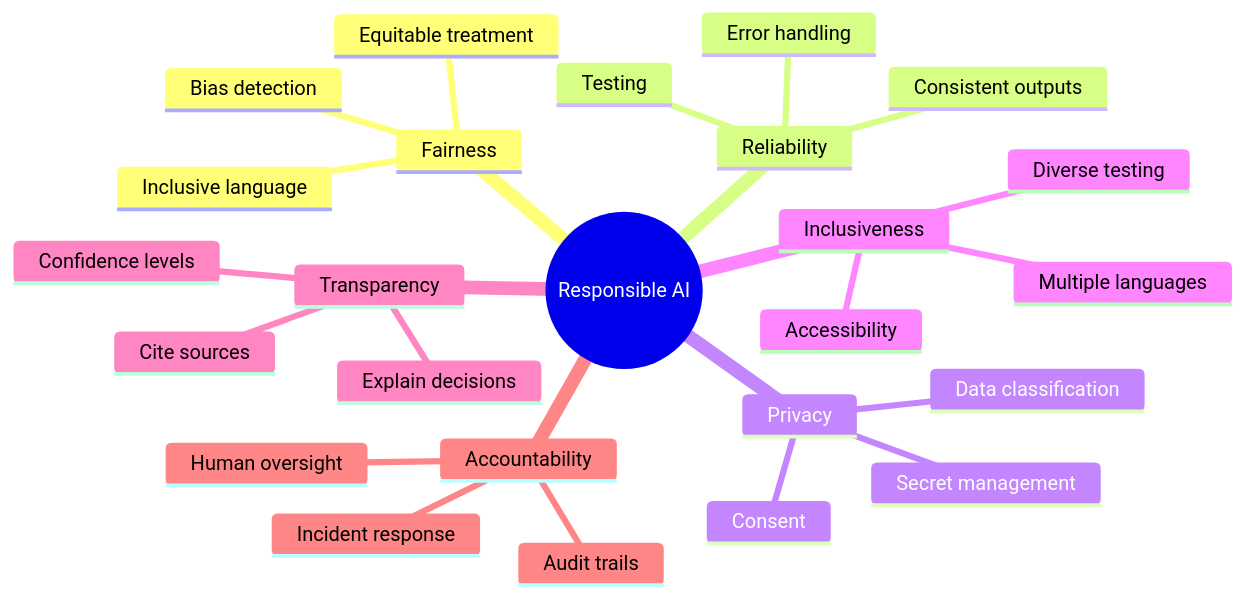
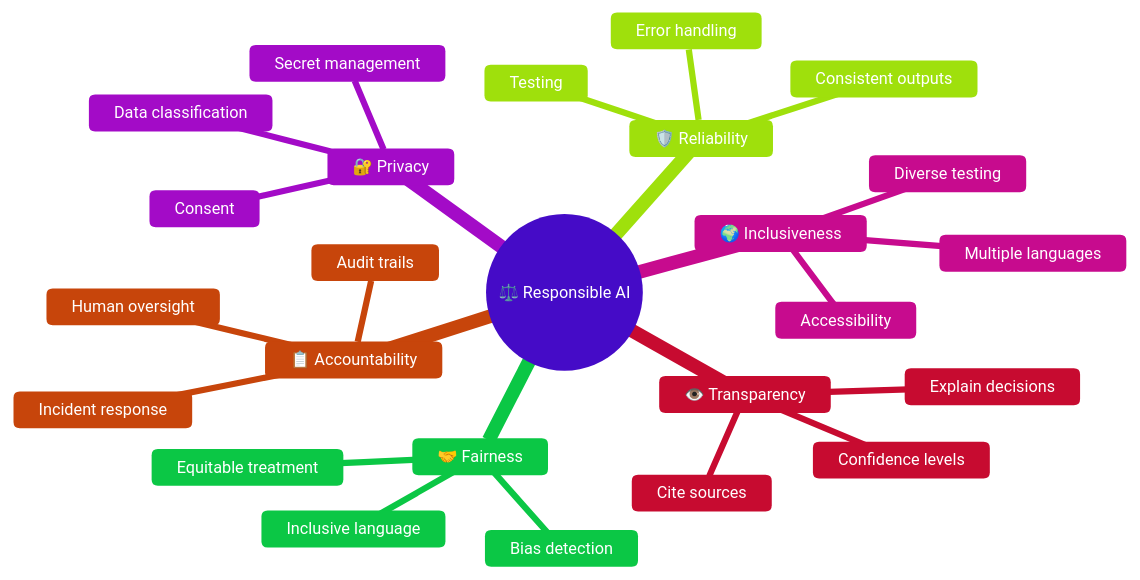
Before and after one commit to JohannesRabauer/gh-600-preparation: diagram 11 of 12 in docs/study_notes.md, drawn with Mermaid. The commit also changed other lines of this file and 5 other files, not shown here.

First line of the commit message:
feat: add colorful animated diagrams and pictograms across study material

````diff
--- a/docs/study_notes.md
+++ b/docs/study_notes.md
@@ -1396,28 +1467,29 @@
 ```mermaid
+%%{init: {'theme': 'base', 'themeVariables': {'primaryColor': '#8b5cf6', 'primaryTextColor': '#fff', 'lineColor': '#a78bfa', 'fontSize': '13px'}}}%%
 mindmap
-  root((Responsible AI))
-    Fairness
+  root((⚖️ Responsible AI))
+    🤝 Fairness
       Equitable treatment
       Bias detection
       Inclusive language
-    Reliability
+    🛡️ Reliability
       Consistent outputs
       Error handling
       Testing
-    Privacy
+    🔐 Privacy
       Data classification
       Secret management
       Consent
-    Inclusiveness
+    🌍 Inclusiveness
       Accessibility
       Multiple languages
       Diverse testing
-    Transparency
+    👁️ Transparency
       Explain decisions
       Cite sources
       Confidence levels
-    Accountability
+    📋 Accountability
       Human oversight
       Audit trails
       Incident response
 ```
````
